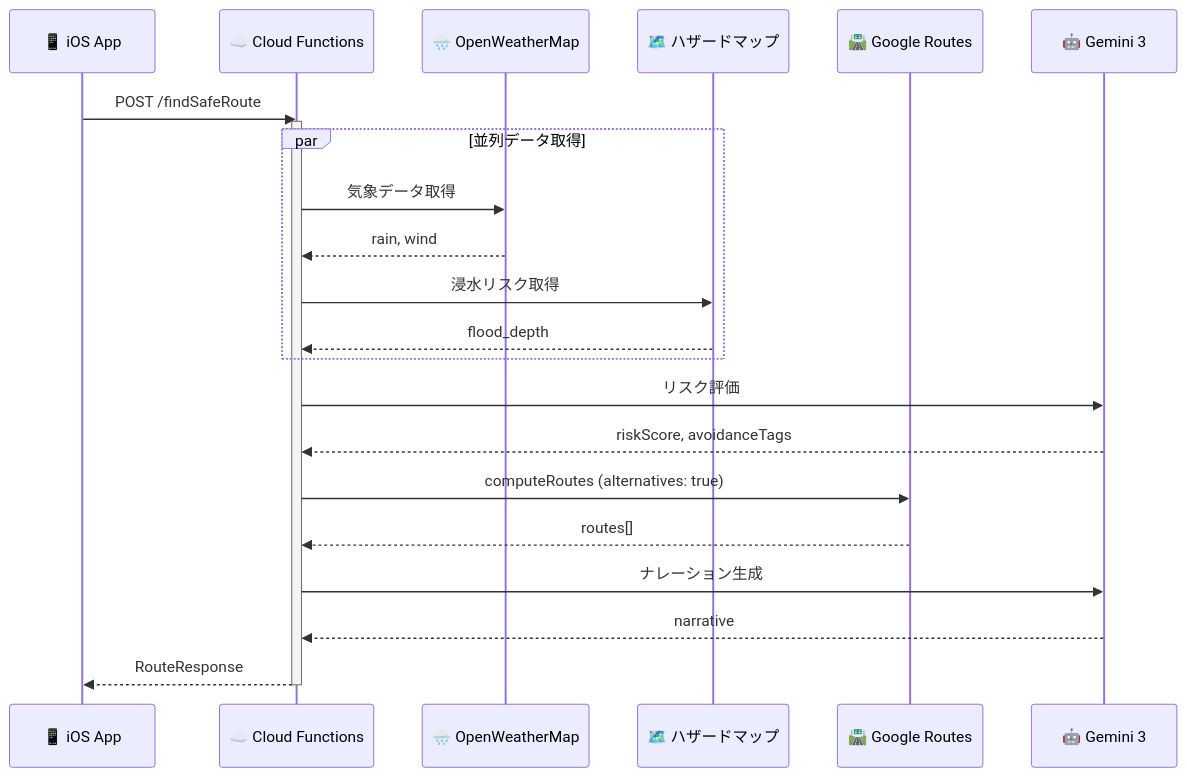
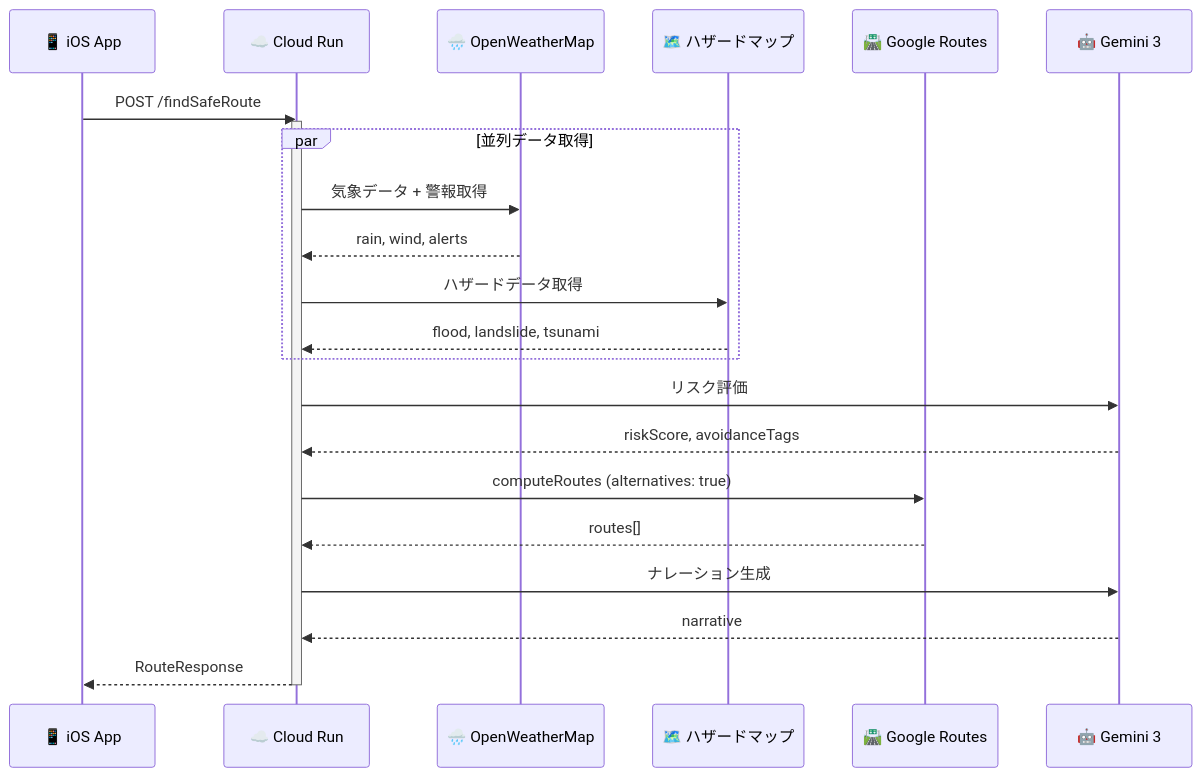
The first of 2 diagrams in Docs/確定/06_API仕様書.md (Ryg-appdev/safe-routing-ai-navigation), drawn with Mermaid before and after one commit. The commit also changed other lines of this file and 6 other files, not shown here.

````diff
--- a/Docs/確定/06_API仕様書.md
+++ b/Docs/確定/06_API仕様書.md
@@ -5,31 +5,31 @@
 ```mermaid
 sequenceDiagram
     participant iOS as 📱 iOS App
-    participant CF as ☁️ Cloud Functions
+    participant CR as ☁️ Cloud Run
     participant W as 🌧️ OpenWeatherMap
     participant H as 🗺️ ハザードマップ
     participant R as 🛣️ Google Routes
     participant G3 as 🤖 Gemini 3
 
-    iOS->>CF: POST /findSafeRoute
-    activate CF
+    iOS->>CR: POST /findSafeRoute
+    activate CR
     
     par 並列データ取得
-        CF->>W: 気象データ取得
-        W-->>CF: rain, wind
-        CF->>H: 浸水リスク取得
-        H-->>CF: flood_depth
+        CR->>W: 気象データ + 警報取得
+        W-->>CR: rain, wind, alerts
+        CR->>H: ハザードデータ取得
+        H-->>CR: flood, landslide, tsunami
     end
     
-    CF->>G3: リスク評価
-    G3-->>CF: riskScore, avoidanceTags
+    CR->>G3: リスク評価
+    G3-->>CR: riskScore, avoidanceTags
     
-    CF->>R: computeRoutes (alternatives: true)
-    R-->>CF: routes[]
+    CR->>R: computeRoutes (alternatives: true)
+    R-->>CR: routes[]
     
-    CF->>G3: ナレーション生成
-    G3-->>CF: narrative
+    CR->>G3: ナレーション生成
+    G3-->>CR: narrative
     
-    CF-->>iOS: RouteResponse
-    deactivate CF
+    CR-->>iOS: RouteResponse
+    deactivate CR
 ```
````
